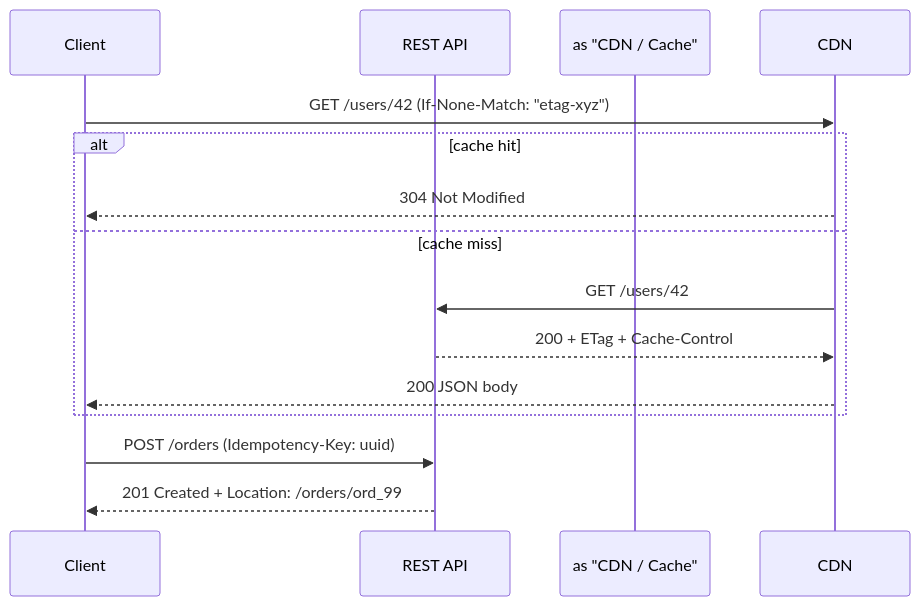
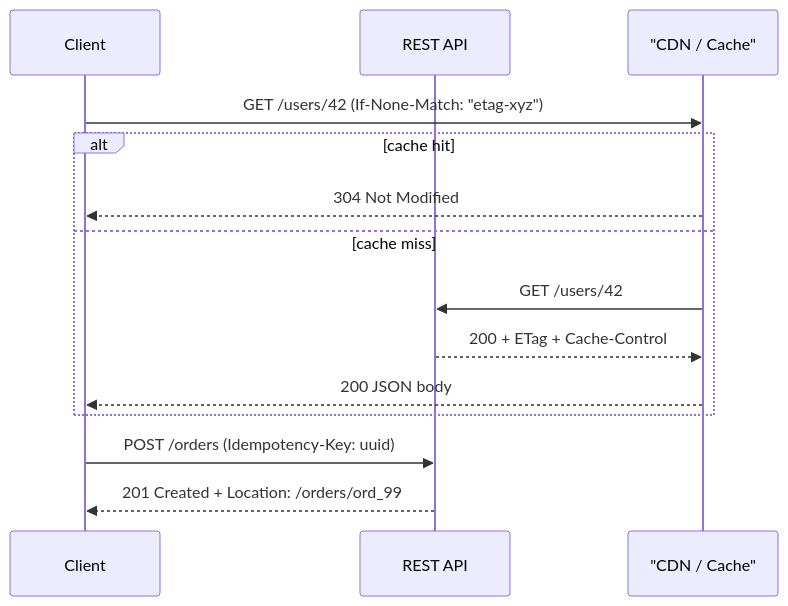
The third of 26 diagrams in 07-api-design/README.md (hareramcse/SystemDesign), drawn with Mermaid before and after one commit. The commit also changed 6 other files, not shown here.

````diff
--- a/07-api-design/README.md
+++ b/07-api-design/README.md
@@ -197,17 +197,17 @@
 ```mermaid
 sequenceDiagram
     participant C as Client
     participant API as REST API
-    participant  as "CDN / Cache"
+    participant CDN as "CDN / Cache"
 
     C->>CDN: GET /users/42 (If-None-Match: "etag-xyz")
     alt cache hit
         CDN-->>C: 304 Not Modified
     else cache miss
         CDN->>API: GET /users/42
         API-->>CDN: 200 + ETag + Cache-Control
         CDN-->>C: 200 JSON body
     end
     C->>API: POST /orders (Idempotency-Key: uuid)
     API-->>C: 201 Created + Location: /orders/ord_99
 ```
````
